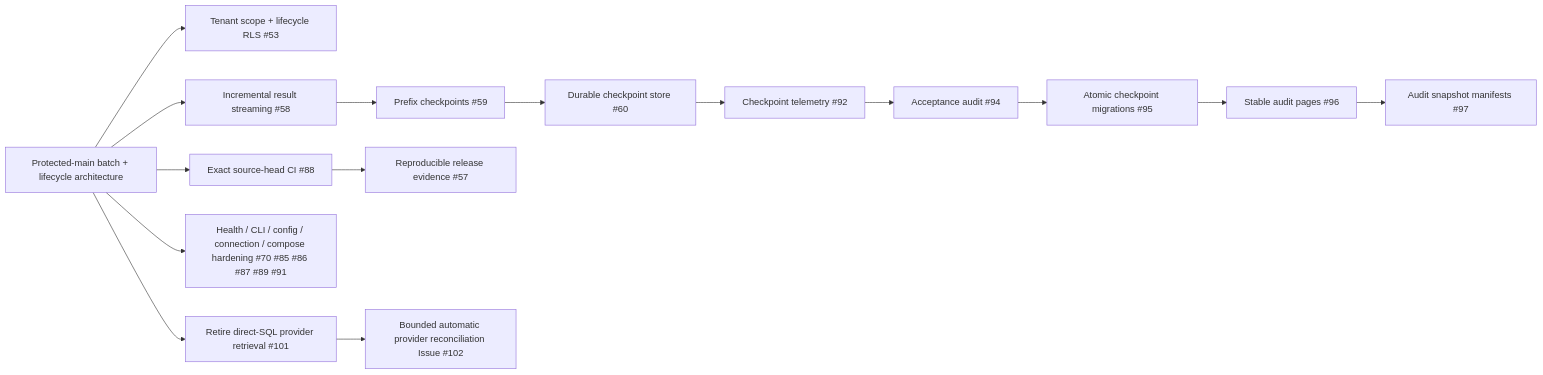
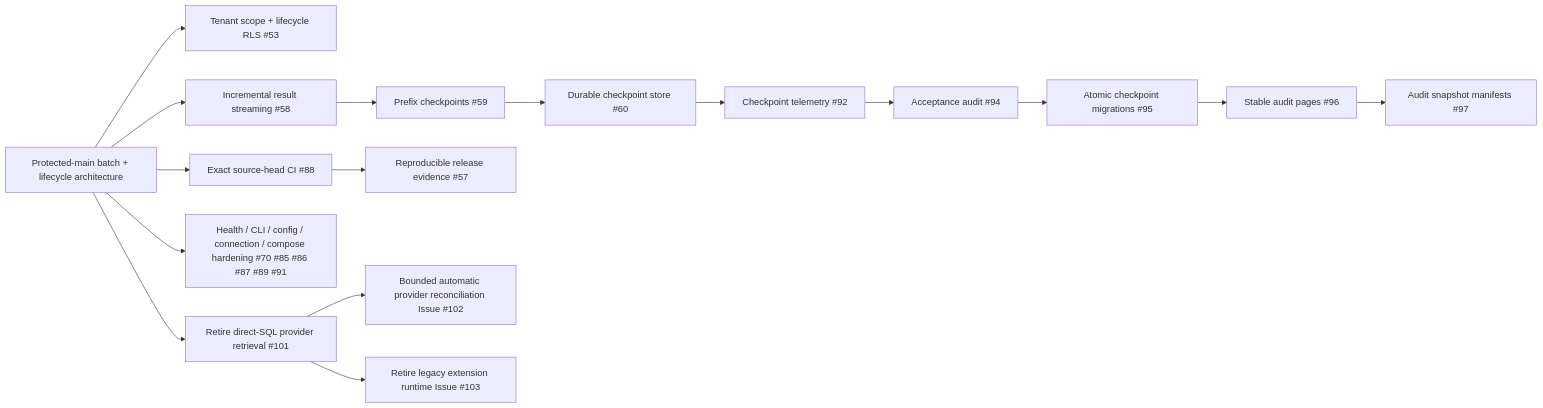
Before and after one commit to ContextualWisdomLab/pg-llm-batch: the second of 2 diagrams in ARCHITECTURE.md, drawn with Mermaid. The commit also changed other lines of this file, not shown here.

Commit message:
docs(architecture): model extension retirement migration

````diff
--- a/ARCHITECTURE.md
+++ b/ARCHITECTURE.md
@@ -173,33 +173,35 @@
 ```mermaid
 flowchart LR
     Protected[Protected-main batch + lifecycle architecture]
     Tenant[Tenant scope + lifecycle RLS #53]
     Stream[Incremental result streaming #58]
     Checkpoint[Prefix checkpoints #59]
     DurableCP[Durable checkpoint store #60]
     CPTelemetry[Checkpoint telemetry #92]
     Audit[Acceptance audit #94]
     Migrations[Atomic checkpoint migrations #95]
     Pages[Stable audit pages #96]
     Manifest[Audit snapshot manifests #97]
     ExactCI[Exact source-head CI #88]
     Release[Reproducible release evidence #57]
     Ops[Health / CLI / config / connection / compose hardening #70 #85 #86 #87 #89 #91]
     RetireSQL[Retire direct-SQL provider retrieval #101]
     Reconcile[Bounded automatic provider reconciliation Issue #102]
+    RetireExtensions[Retire legacy extension runtime Issue #103]
 
     Protected --> Tenant
     Protected --> Stream
     Stream --> Checkpoint
     Checkpoint --> DurableCP
     DurableCP --> CPTelemetry
     CPTelemetry --> Audit
     Audit --> Migrations
     Migrations --> Pages
     Pages --> Manifest
     Protected --> ExactCI
     ExactCI --> Release
     Protected --> Ops
     Protected --> RetireSQL
     RetireSQL --> Reconcile
+    RetireSQL --> RetireExtensions
 ```
````
